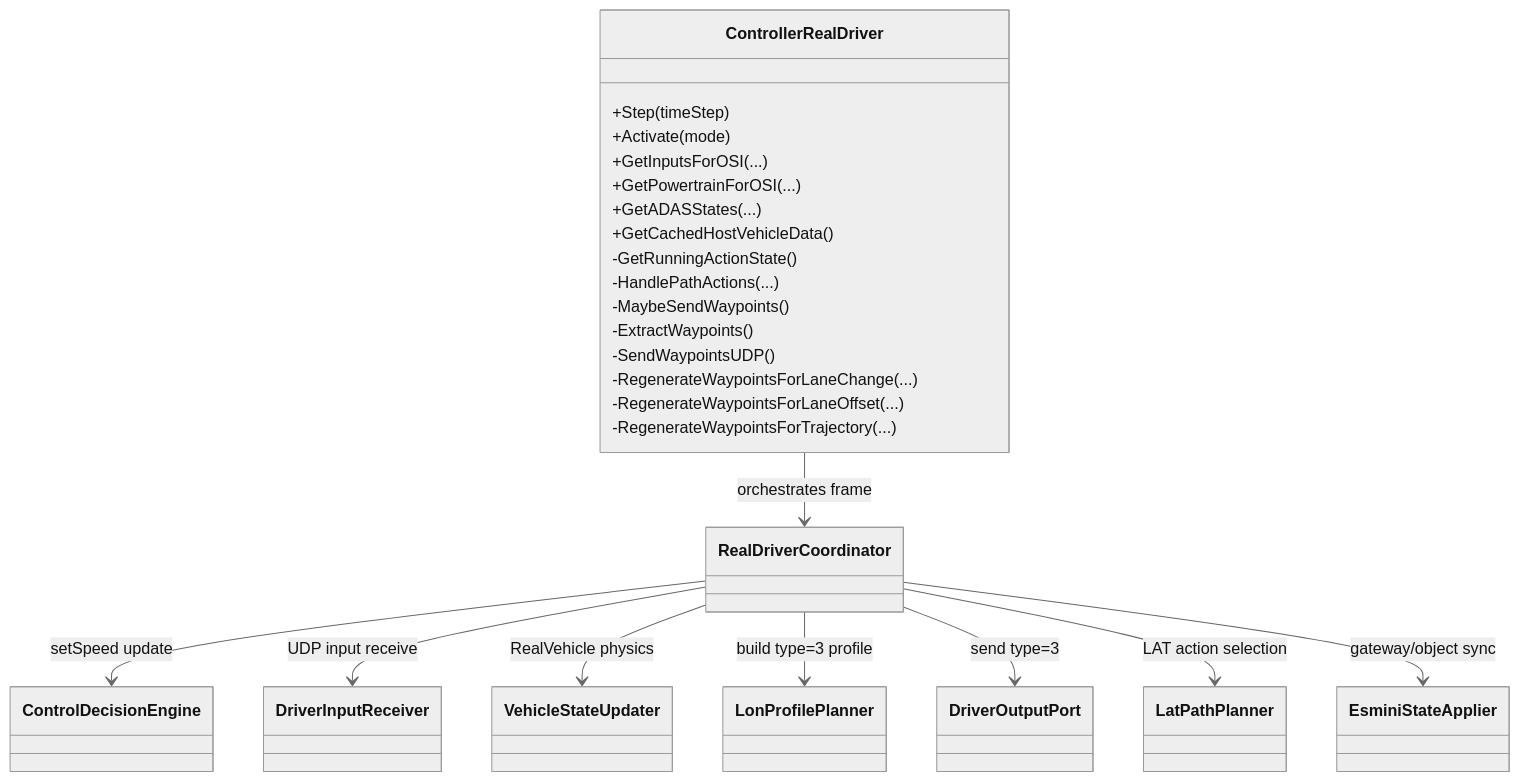
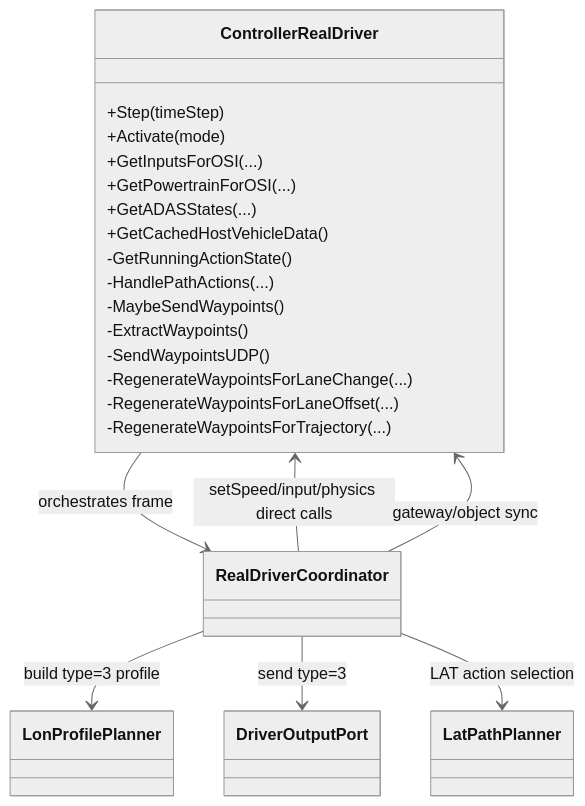
One commit to GT-karny/esmini changed the first of 5 diagrams in GT_esmini/docs/realdriver/controller_logic.md. Above: the diagram before and after it, drawn with Mermaid (neutral theme). The commit also changed other lines of this file and 66 other files, not shown here.

````diff
--- a/GT_esmini/docs/realdriver/controller_logic.md
+++ b/GT_esmini/docs/realdriver/controller_logic.md
@@ -10,37 +10,31 @@
 ```mermaid
 classDiagram
     class ControllerRealDriver {
       +Step(timeStep)
       +Activate(mode)
       +GetInputsForOSI(...)
       +GetPowertrainForOSI(...)
       +GetADASStates(...)
       +GetCachedHostVehicleData()
       -GetRunningActionState()
       -HandlePathActions(...)
       -MaybeSendWaypoints()
       -ExtractWaypoints()
       -SendWaypointsUDP()
       -RegenerateWaypointsForLaneChange(...)
       -RegenerateWaypointsForLaneOffset(...)
       -RegenerateWaypointsForTrajectory(...)
     }
 
     class RealDriverCoordinator
-    class DriverInputReceiver
-    class VehicleStateUpdater
-    class ControlDecisionEngine
     class LonProfilePlanner
     class DriverOutputPort
     class LatPathPlanner
-    class EsminiStateApplier
 
     ControllerRealDriver --> RealDriverCoordinator : orchestrates frame
-    RealDriverCoordinator --> ControlDecisionEngine : setSpeed update
-    RealDriverCoordinator --> DriverInputReceiver : UDP input receive
-    RealDriverCoordinator --> VehicleStateUpdater : RealVehicle physics
+    RealDriverCoordinator --> ControllerRealDriver : setSpeed/input/physics direct calls
     RealDriverCoordinator --> LonProfilePlanner : build type=3 profile
     RealDriverCoordinator --> DriverOutputPort : send type=3
     RealDriverCoordinator --> LatPathPlanner : LAT action selection
-    RealDriverCoordinator --> EsminiStateApplier : gateway/object sync
+    RealDriverCoordinator --> ControllerRealDriver : gateway/object sync
 ```
````
